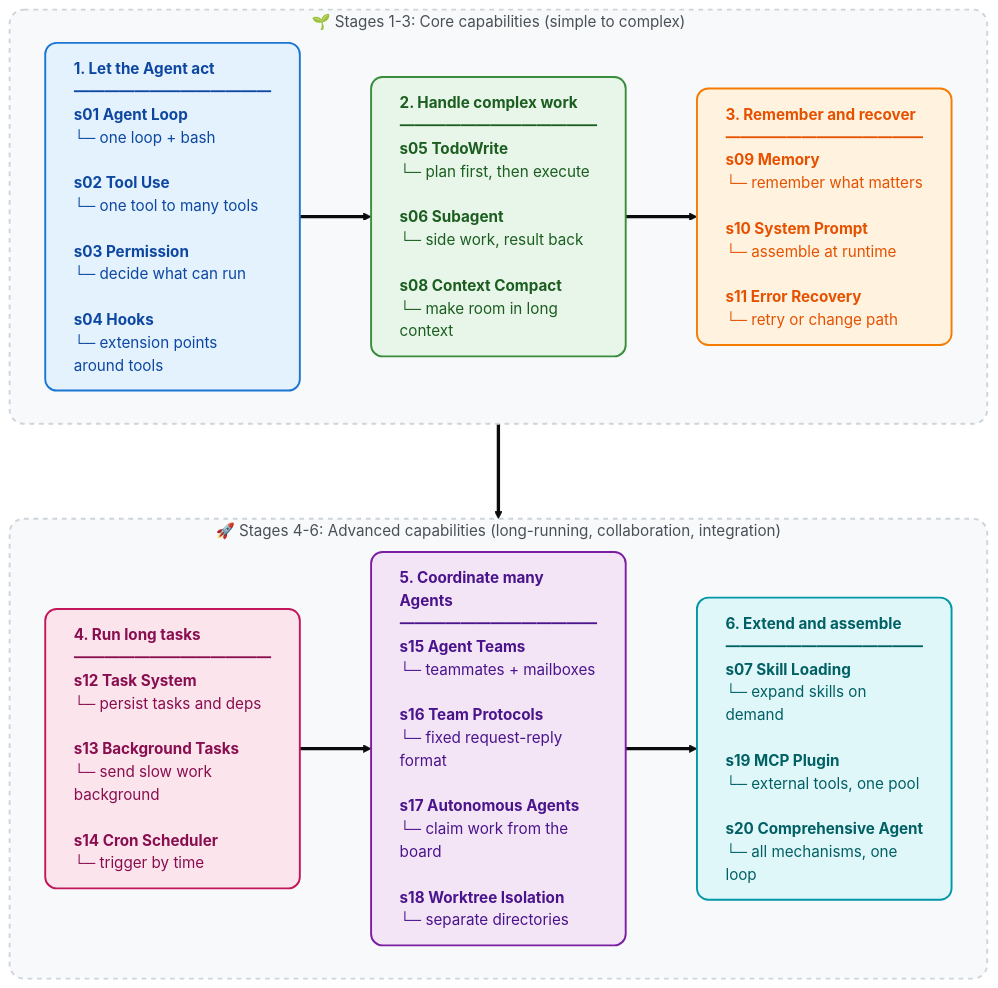
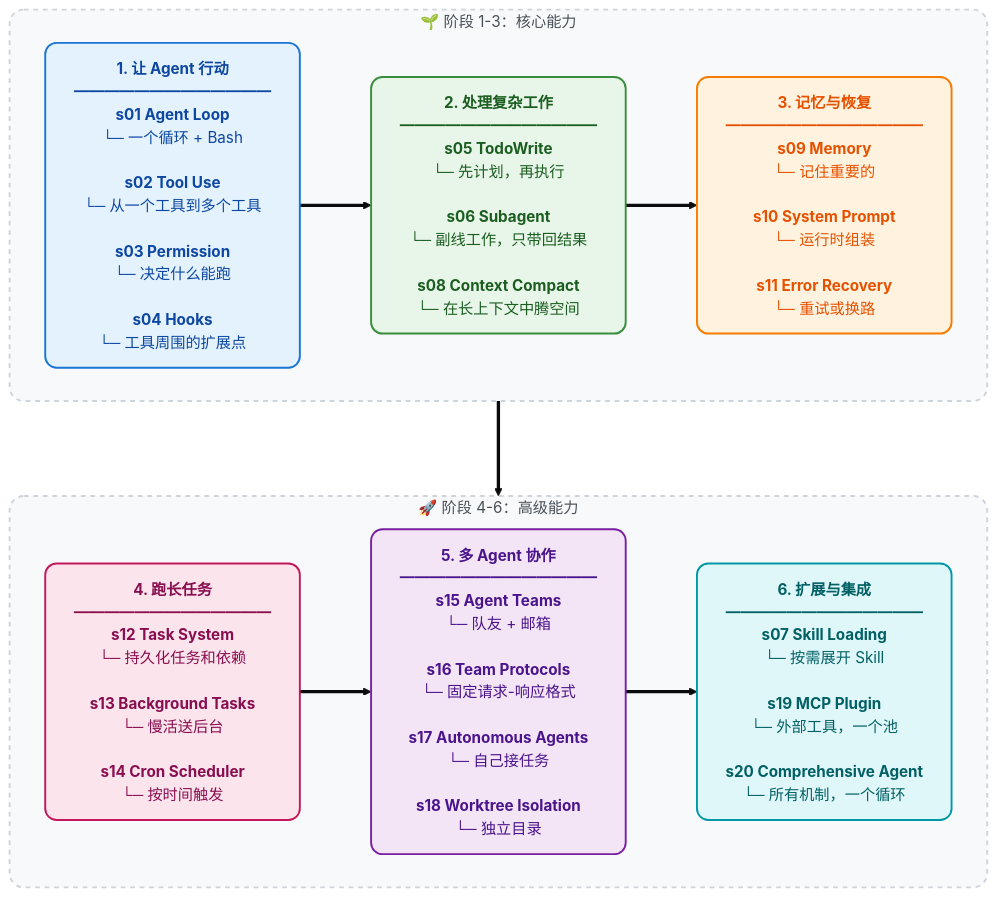
Before and after one commit to Nanos-lab/learn-claude-code: the diagram in README.md, drawn with Mermaid (base theme). The commit also changed other lines of this file, not shown here.

````diff
--- a/README.md
+++ b/README.md
@@ -306,42 +173,35 @@
 ```mermaid
 flowchart TD
-    %% Card styles
-    classDef stage1 fill:#E3F2FD,stroke:#1976D2,stroke-width:2px,color:#0D47A1,rx:12,ry:12,text-align:left
-    classDef stage2 fill:#E8F5E9,stroke:#388E3C,stroke-width:2px,color:#1B5E20,rx:12,ry:12,text-align:left
-    classDef stage3 fill:#FFF3E0,stroke:#F57C00,stroke-width:2px,color:#E65100,rx:12,ry:12,text-align:left
-    classDef stage4 fill:#FCE4EC,stroke:#C2185b,stroke-width:2px,color:#880E4F,rx:12,ry:12,text-align:left
-    classDef stage5 fill:#F3E5F5,stroke:#7B1FA2,stroke-width:2px,color:#4A148C,rx:12,ry:12,text-align:left
-    classDef stage6 fill:#E0F7FA,stroke:#0097A7,stroke-width:2px,color:#006064,rx:12,ry:12,text-align:left
+    classDef stage1 fill:#E3F2FD,stroke:#1976D2,stroke-width:2px,color:#0D47A1,rx:12,ry:12
+    classDef stage2 fill:#E8F5E9,stroke:#388E3C,stroke-width:2px,color:#1B5E20,rx:12,ry:12
+    classDef stage3 fill:#FFF3E0,stroke:#F57C00,stroke-width:2px,color:#E65100,rx:12,ry:12
+    classDef stage4 fill:#FCE4EC,stroke:#C2185b,stroke-width:2px,color:#880E4F,rx:12,ry:12
+    classDef stage5 fill:#F3E5F5,stroke:#7B1FA2,stroke-width:2px,color:#4A148C,rx:12,ry:12
+    classDef stage6 fill:#E0F7FA,stroke:#0097A7,stroke-width:2px,color:#006064,rx:12,ry:12
+    classDef groupBox fill:#F8F9FA,stroke:#CED4DA,stroke-width:2px,stroke-dasharray:5 5,rx:15,ry:15,color:#495057
 
-    %% Group style
-    classDef groupBox fill:#F8F9FA,stroke:#CED4DA,stroke-width:2px,stroke-dasharray: 5 5,rx:15,ry:15,color:#495057
+    subgraph Phase1 ["🌱 阶段 1-3：核心能力"]
+        direction LR
+        S1["<b>1. 让 Agent 行动</b><br/>━━━━━━━━━━━━━<br/><b>s01 Agent Loop</b><br/>└─ 一个循环 + Bash<br/><br/><b>s02 Tool Use</b><br/>└─ 从一个工具到多个工具<br/><br/><b>s03 Permission</b><br/>└─ 决定什么能跑<br/><br/><b>s04 Hooks</b><br/>└─ 工具周围的扩展点"]:::stage1
 
-    %% Layer 1: stages 1-3
-    subgraph Phase1 ["🌱 Stages 1-3: Core capabilities (simple to complex)"]
-        direction LR
-        S1["<b>1. Let the Agent act</b><br/>━━━━━━━━━━━━━<br/><b>s01 Agent Loop</b><br/>└─ one loop + bash<br/><br/><b>s02 Tool Use</b><br/>└─ one tool to many tools<br/><br/><b>s03 Permission</b><br/>└─ decide what can run<br/><br/><b>s04 Hooks</b><br/>└─ extension points around tools"]:::stage1
+        S2["<b>2. 处理复杂工作</b><br/>━━━━━━━━━━━━━<br/><b>s05 TodoWrite</b><br/>└─ 先计划，再执行<br/><br/><b>s06 Subagent</b><br/>└─ 副线工作，只带回结果<br/><br/><b>s08 Context Compact</b><br/>└─ 在长上下文中腾空间"]:::stage2
 
-        S2["<b>2. Handle complex work</b><br/>━━━━━━━━━━━━━<br/><b>s05 TodoWrite</b><br/>└─ plan first, then execute<br/><br/><b>s06 Subagent</b><br/>└─ side work, result back<br/><br/><b>s08 Context Compact</b><br/>└─ make room in long context"]:::stage2
-
-        S3["<b>3. Remember and recover</b><br/>━━━━━━━━━━━━━<br/><b>s09 Memory</b><br/>└─ remember what matters<br/><br/><b>s10 System Prompt</b><br/>└─ assemble at runtime<br/><br/><b>s11 Error Recovery</b><br/>└─ retry or change path"]:::stage3
+        S3["<b>3. 记忆与恢复</b><br/>━━━━━━━━━━━━━<br/><b>s09 Memory</b><br/>└─ 记住重要的<br/><br/><b>s10 System Prompt</b><br/>└─ 运行时组装<br/><br/><b>s11 Error Recovery</b><br/>└─ 重试或换路"]:::stage3
 
         S1 ==> S2 ==> S3
     end
 
-    %% Layer 2: stages 4-6
-    subgraph Phase2 ["🚀 Stages 4-6: Advanced capabilities (long-running, collaboration, integration)"]
+    subgraph Phase2 ["🚀 阶段 4-6：高级能力"]
         direction LR
-        S4["<b>4. Run long tasks</b><br/>━━━━━━━━━━━━━<br/><b>s12 Task System</b><br/>└─ persist tasks and deps<br/><br/><b>s13 Background Tasks</b><br/>└─ send slow work background<br/><br/><b>s14 Cron Scheduler</b><br/>└─ trigger by time"]:::stage4
+        S4["<b>4. 跑长任务</b><br/>━━━━━━━━━━━━━<br/><b>s12 Task System</b><br/>└─ 持久化任务和依赖<br/><br/><b>s13 Background Tasks</b><br/>└─ 慢活送后台<br/><br/><b>s14 Cron Scheduler</b><br/>└─ 按时间触发"]:::stage4
 
-        S5["<b>5. Coordinate many Agents</b><br/>━━━━━━━━━━━━━<br/><b>s15 Agent Teams</b><br/>└─ teammates + mailboxes<br/><br/><b>s16 Team Protocols</b><br/>└─ fixed request-reply format<br/><br/><b>s17 Autonomous Agents</b><br/>└─ claim work from the board<br/><br/><b>s18 Worktree Isolation</b><br/>└─ separate directories"]:::stage5
+        S5["<b>5. 多 Agent 协作</b><br/>━━━━━━━━━━━━━<br/><b>s15 Agent Teams</b><br/>└─ 队友 + 邮箱<br/><br/><b>s16 Team Protocols</b><br/>└─ 固定请求-响应格式<br/><br/><b>s17 Autonomous Agents</b><br/>└─ 自己接任务<br/><br/><b>s18 Worktree Isolation</b><br/>└─ 独立目录"]:::stage5
 
-        S6["<b>6. Extend and assemble</b><br/>━━━━━━━━━━━━━<br/><b>s07 Skill Loading</b><br/>└─ expand skills on demand<br/><br/><b>s19 MCP Plugin</b><br/>└─ external tools, one pool<br/><br/><b>s20 Comprehensive Agent</b><br/>└─ all mechanisms, one loop"]:::stage6
+        S6["<b>6. 扩展与集成</b><br/>━━━━━━━━━━━━━<br/><b>s07 Skill Loading</b><br/>└─ 按需展开 Skill<br/><br/><b>s19 MCP Plugin</b><br/>└─ 外部工具，一个池<br/><br/><b>s20 Comprehensive Agent</b><br/>└─ 所有机制，一个循环"]:::stage6
 
         S4 ==> S5 ==> S6
     end
 
-    %% Connect the two layers
     Phase1 ===> Phase2
-
     class Phase1,Phase2 groupBox
 ```
````
